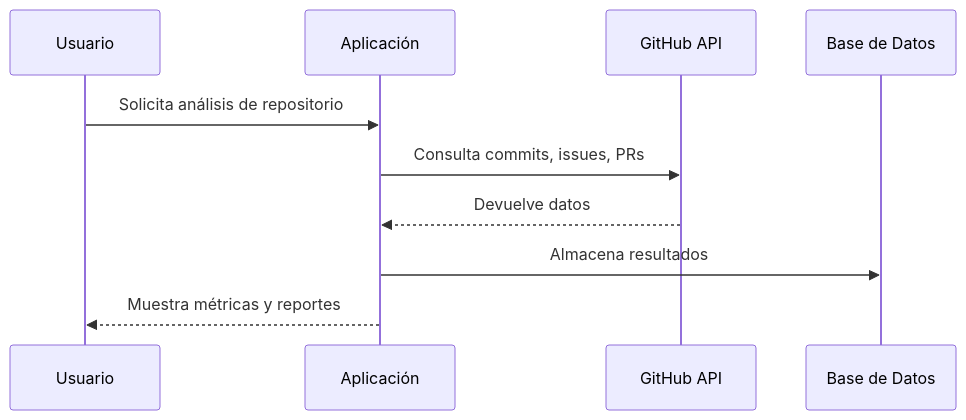
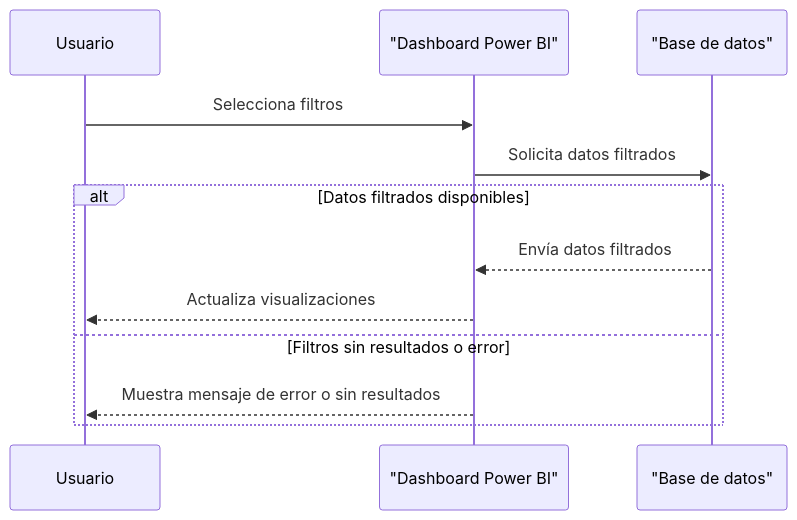
The fifth of 5 diagrams in README.md (UPT-FAING-EPIS/proyecto-si885-2025-i-u2-chambi_floresqf_leyva), drawn with Mermaid before and after one commit. The commit also changed other lines of this file, not shown here.

````diff
--- a/README.md
+++ b/README.md
@@ -110,12 +153,16 @@
 ```mermaid
+%% Diagrama 3: Ejecutar filtros en dashboard
 sequenceDiagram
-    participant User as Usuario
-    participant App as Aplicación
-    participant GitHub as GitHub API
-    participant DB as Base de Datos
-    User->>App: Solicita análisis de repositorio
-    App->>GitHub: Consulta commits, issues, PRs
-    GitHub-->>App: Devuelve datos
-    App->>DB: Almacena resultados
-    App-->>User: Muestra métricas y reportes
+    participant Usuario
+    participant Dashboard as "Dashboard Power BI"
+    participant Database as "Base de datos"
+
+    Usuario->>Dashboard: Selecciona filtros
+    Dashboard->>Database: Solicita datos filtrados
+    alt Datos filtrados disponibles
+        Database-->>Dashboard: Envía datos filtrados
+        Dashboard-->>Usuario: Actualiza visualizaciones
+    else Filtros sin resultados o error
+        Dashboard-->>Usuario: Muestra mensaje de error o sin resultados
+    end
 ```
````
